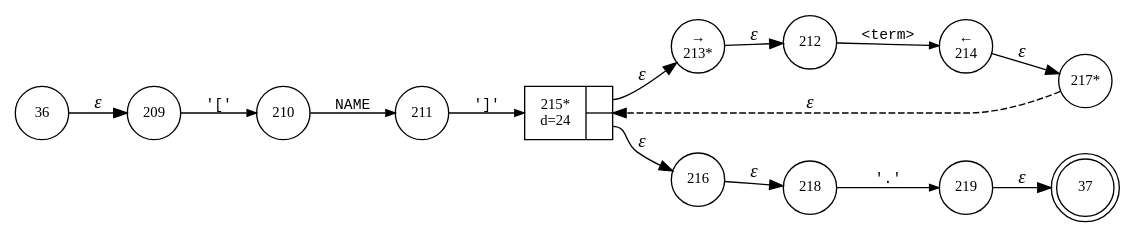
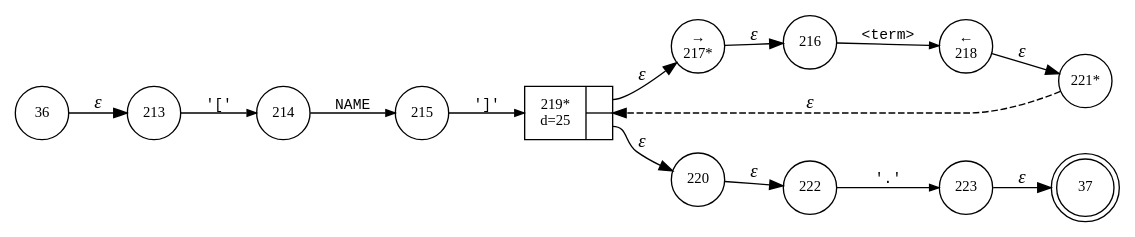
The diagram in internal/parser/Bund.function_term.dot (vulogov/Bund2), drawn with Graphviz before and after one commit. The commit also changed 38 other files, not shown here.

```diff
--- a/internal/parser/Bund.function_term.dot
+++ b/internal/parser/Bund.function_term.dot
@@ -1,29 +1,29 @@
 digraph ATN {
 rankdir=LR;
 s37[fontsize=11, label="37", shape=doublecircle, fixedsize=true, width=.6];
 s36[fontsize=11,label="36", shape=circle, fixedsize=true, width=.55, peripheries=1];
-s209[fontsize=11,label="209", shape=circle, fixedsize=true, width=.55, peripheries=1];
-s210[fontsize=11,label="210", shape=circle, fixedsize=true, width=.55, peripheries=1];
-s211[fontsize=11,label="211", shape=circle, fixedsize=true, width=.55, peripheries=1];
-s212[fontsize=11,label="212", shape=circle, fixedsize=true, width=.55, peripheries=1];
-s213[fontsize=11,label="&rarr;\n213*", shape=circle, fixedsize=true, width=.55, peripheries=1];
-s214[fontsize=11,label="&larr;\n214", shape=circle, fixedsize=true, width=.55, peripheries=1];
-s215[fontsize=11,label="{215*\nd=24|{<p0>|<p1>}}", shape=record, fixedsize=false, peripheries=1];
+s213[fontsize=11,label="213", shape=circle, fixedsize=true, width=.55, peripheries=1];
+s214[fontsize=11,label="214", shape=circle, fixedsize=true, width=.55, peripheries=1];
+s215[fontsize=11,label="215", shape=circle, fixedsize=true, width=.55, peripheries=1];
 s216[fontsize=11,label="216", shape=circle, fixedsize=true, width=.55, peripheries=1];
-s217[fontsize=11,label="217*", shape=circle, fixedsize=true, width=.55, peripheries=1];
-s218[fontsize=11,label="218", shape=circle, fixedsize=true, width=.55, peripheries=1];
-s219[fontsize=11,label="219", shape=circle, fixedsize=true, width=.55, peripheries=1];
-s36 -> s209 [fontname="Times-Italic", label="&epsilon;"];
-s209 -> s210 [fontsize=11, fontname="Courier", arrowsize=.7, label = "'['", arrowhead = normal];
-s210 -> s211 [fontsize=11, fontname="Courier", arrowsize=.7, label = "NAME", arrowhead = normal];
-s211 -> s215 [fontsize=11, fontname="Courier", arrowsize=.7, label = "']'", arrowhead = normal];
-s215:p0 -> s213 [fontname="Times-Italic", label="&epsilon;"];
-s215:p1 -> s216 [fontname="Times-Italic", label="&epsilon;"];
-s213 -> s212 [fontname="Times-Italic", label="&epsilon;"];
-s216 -> s218 [fontname="Times-Italic", label="&epsilon;"];
-s212 -> s214 [fontsize=11, fontname="Courier", arrowsize=.7, label = "<term>", arrowhead = normal];
-s218 -> s219 [fontsize=11, fontname="Courier", arrowsize=.7, label = "'.'", arrowhead = normal];
-s214 -> s217 [fontname="Times-Italic", label="&epsilon;"];
-s219 -> s37 [fontname="Times-Italic", label="&epsilon;"];
-s217 -> s215 [fontname="Times-Italic", label="&epsilon;", style="dashed"];
+s217[fontsize=11,label="&rarr;\n217*", shape=circle, fixedsize=true, width=.55, peripheries=1];
+s218[fontsize=11,label="&larr;\n218", shape=circle, fixedsize=true, width=.55, peripheries=1];
+s219[fontsize=11,label="{219*\nd=25|{<p0>|<p1>}}", shape=record, fixedsize=false, peripheries=1];
+s220[fontsize=11,label="220", shape=circle, fixedsize=true, width=.55, peripheries=1];
+s221[fontsize=11,label="221*", shape=circle, fixedsize=true, width=.55, peripheries=1];
+s222[fontsize=11,label="222", shape=circle, fixedsize=true, width=.55, peripheries=1];
+s223[fontsize=11,label="223", shape=circle, fixedsize=true, width=.55, peripheries=1];
+s36 -> s213 [fontname="Times-Italic", label="&epsilon;"];
+s213 -> s214 [fontsize=11, fontname="Courier", arrowsize=.7, label = "'['", arrowhead = normal];
+s214 -> s215 [fontsize=11, fontname="Courier", arrowsize=.7, label = "NAME", arrowhead = normal];
+s215 -> s219 [fontsize=11, fontname="Courier", arrowsize=.7, label = "']'", arrowhead = normal];
+s219:p0 -> s217 [fontname="Times-Italic", label="&epsilon;"];
+s219:p1 -> s220 [fontname="Times-Italic", label="&epsilon;"];
+s217 -> s216 [fontname="Times-Italic", label="&epsilon;"];
+s220 -> s222 [fontname="Times-Italic", label="&epsilon;"];
+s216 -> s218 [fontsize=11, fontname="Courier", arrowsize=.7, label = "<term>", arrowhead = normal];
+s222 -> s223 [fontsize=11, fontname="Courier", arrowsize=.7, label = "'.'", arrowhead = normal];
+s218 -> s221 [fontname="Times-Italic", label="&epsilon;"];
+s223 -> s37 [fontname="Times-Italic", label="&epsilon;"];
+s221 -> s219 [fontname="Times-Italic", label="&epsilon;", style="dashed"];
 }
```
